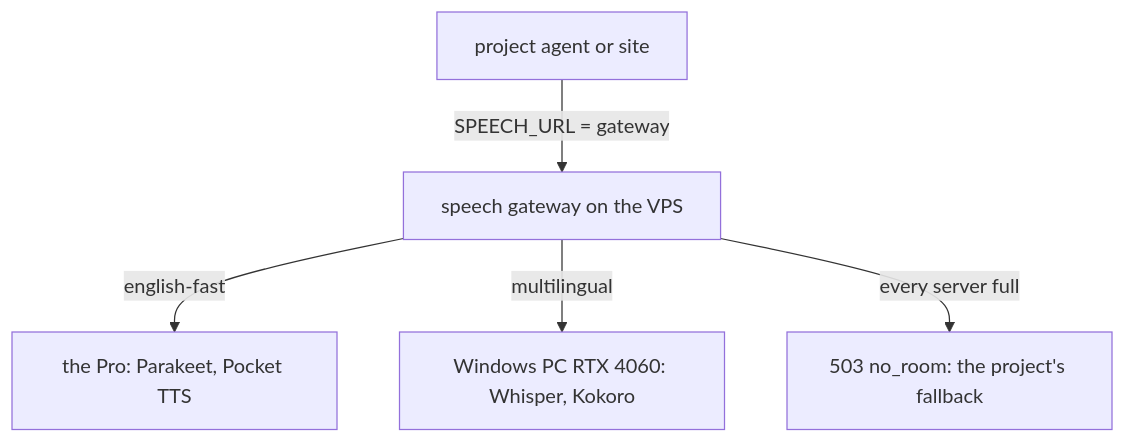
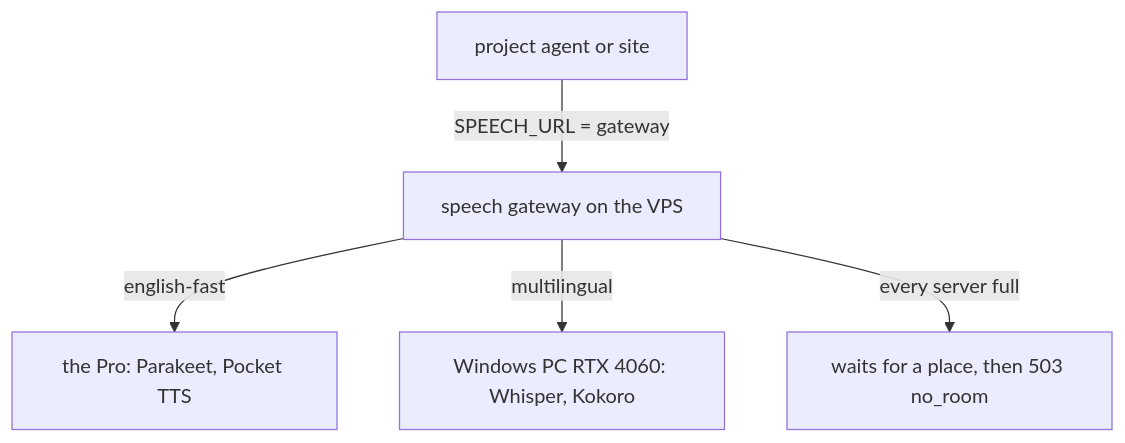
One commit to pukujan-lab-2/voice-agent-research changed the diagram in docs/speech-gateway.md. Above: the diagram before and after it, drawn with Mermaid. The commit also changed other lines of this file and 8 other files, not shown here.

````diff
--- a/docs/speech-gateway.md
+++ b/docs/speech-gateway.md
@@ -9,7 +9,7 @@
 ```mermaid
 graph TD
   P[project agent or site] -->|SPEECH_URL = gateway| G[speech gateway on the VPS]
   G -->|english-fast| M[the Pro: Parakeet, Pocket TTS]
   G -->|multilingual| W[Windows PC RTX 4060: Whisper, Kokoro]
-  G -->|every server full| F[503 no_room: the project's fallback]
+  G -->|every server full| F[waits for a place, then 503 no_room]
 ```
````
